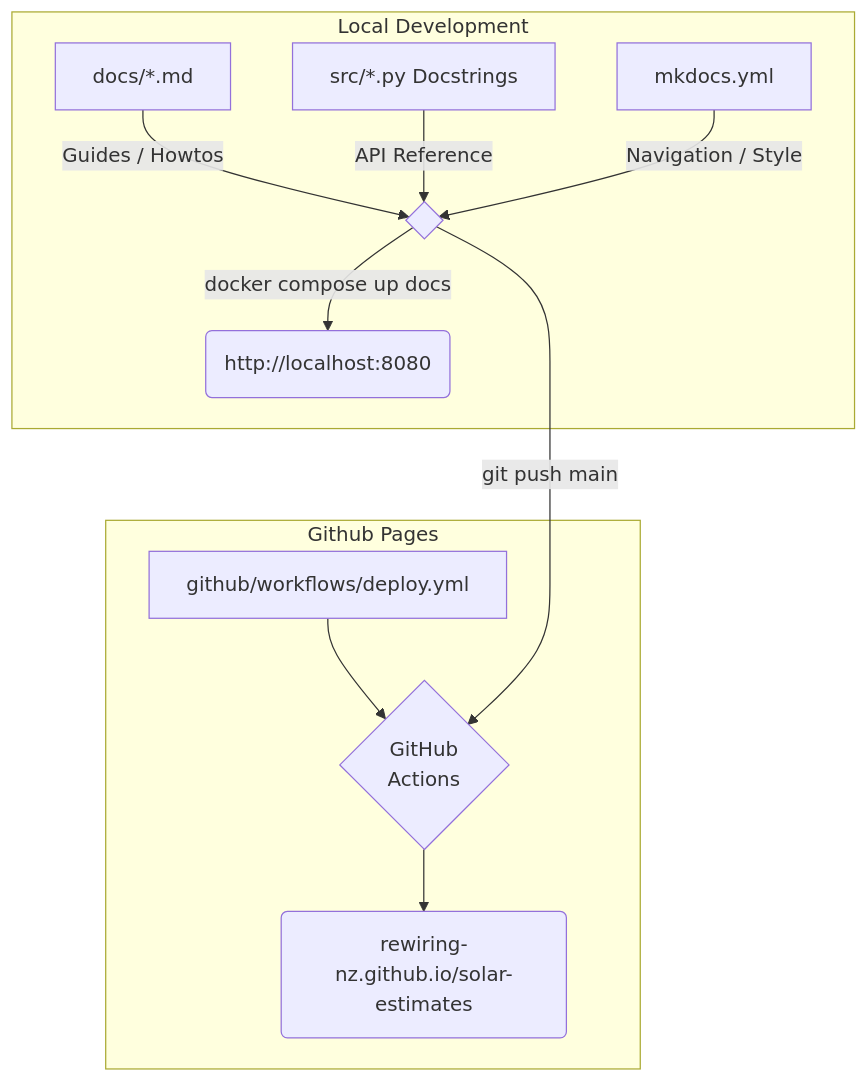
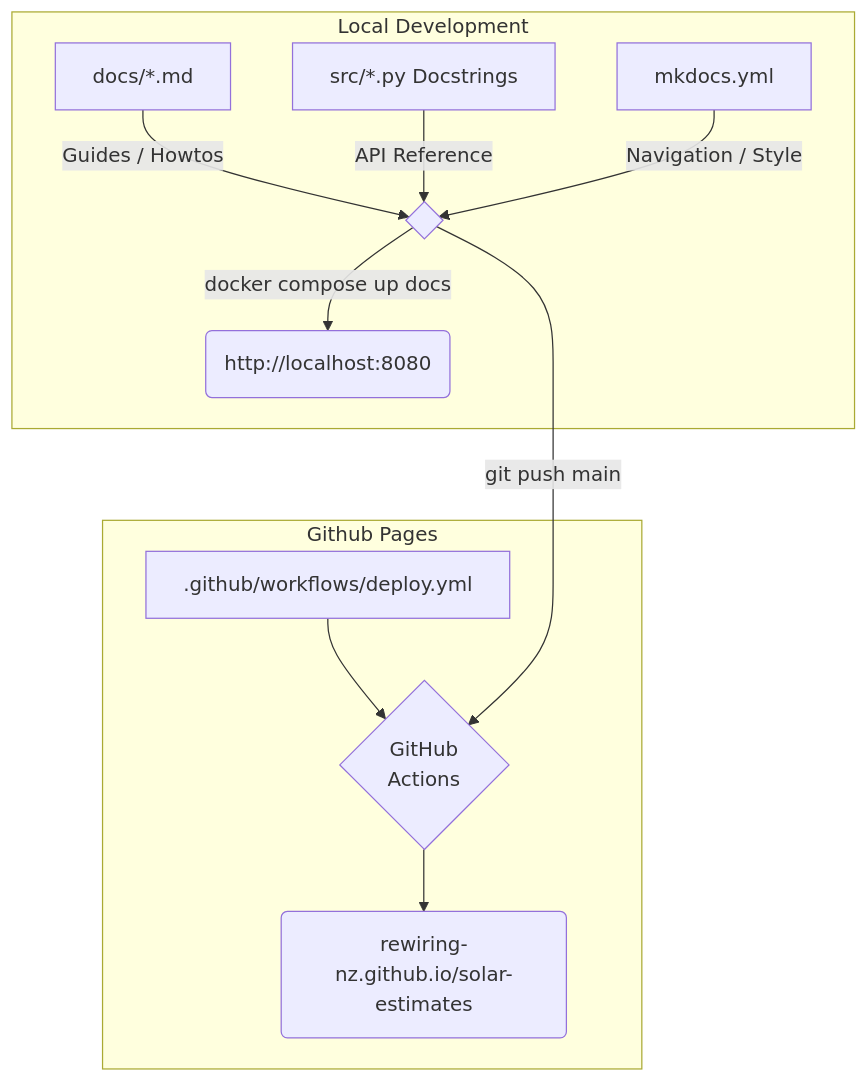
One commit to rewiring-nz/solar-estimates changed the diagram in docs/developer/website-guide.md. Above: the diagram before and after it, drawn with Mermaid. The commit also changed other lines of this file and 1 other file, not shown here.

Commit message:
tweak mermaid diagram in website-guide

````diff
--- a/docs/developer/website-guide.md
+++ b/docs/developer/website-guide.md
@@ -11,17 +11,17 @@
 ```mermaid
 graph TD
     subgraph Local Development
         A[docs/*.md] --Guides / Howtos --> D{ }
         B[src/*.py Docstrings] -- API Reference--> D
         C[mkdocs.yml] -- Navigation / Style --> D
         D --docker compose up docs--> K
     end
     K(http://localhost:8080) ~~~ E
 
     subgraph Github Pages
-        E[github/workflows/deploy.yml] --> F
+        E[.github/workflows/deploy.yml] --> F
         D -- git push main --> F{GitHub
           Actions}
         F --> G(rewiring-nz.github.io/solar-estimates)
     end
 ```
````
